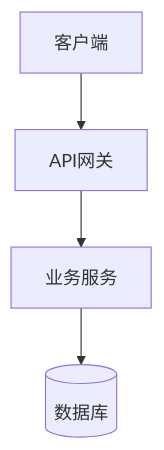
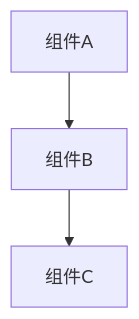
One commit to ah0210/myskills changed the diagram in skills/tech-discussion-manager/templates/architecture.md. Above: the diagram before and after it, drawn with Mermaid. The commit also changed other lines of this file and 7 other files, not shown here.

````diff
--- a/skills/tech-discussion-manager/templates/architecture.md
+++ b/skills/tech-discussion-manager/templates/architecture.md
@@ -15,6 +13,5 @@
 ```mermaid
 graph TB
-    A[客户端] --> B[API网关]
-    B --> C[业务服务]
-    C --> D[(数据库)]
+    A[组件A] --> B[组件B]
+    B --> C[组件C]
 ```
````
